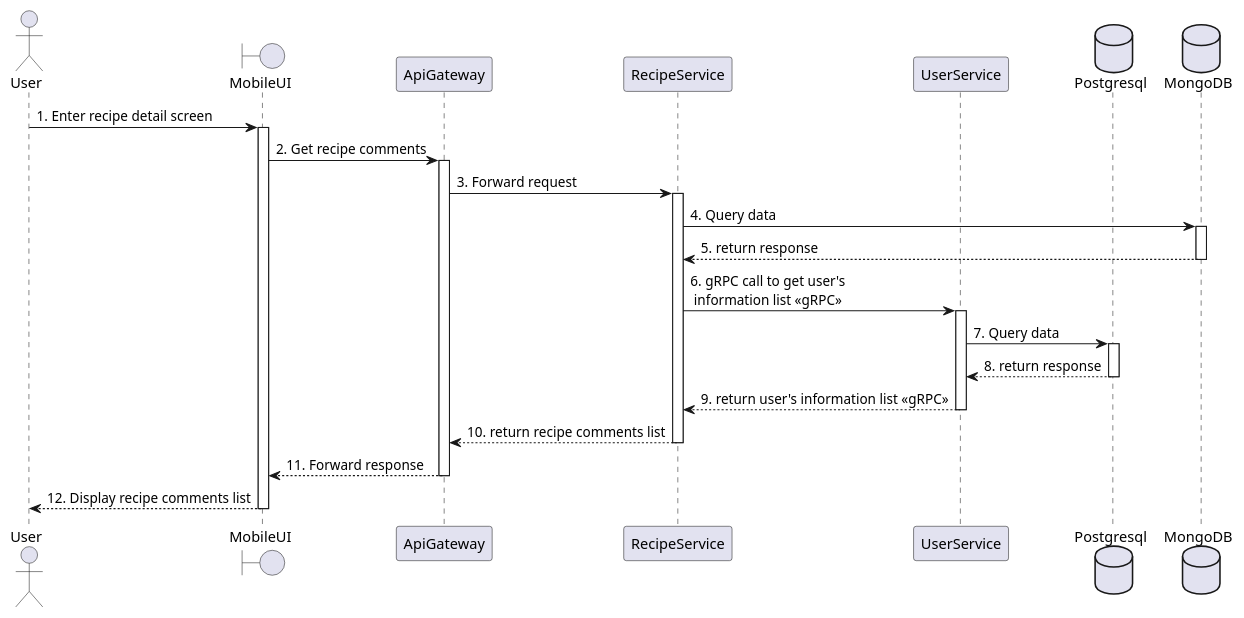
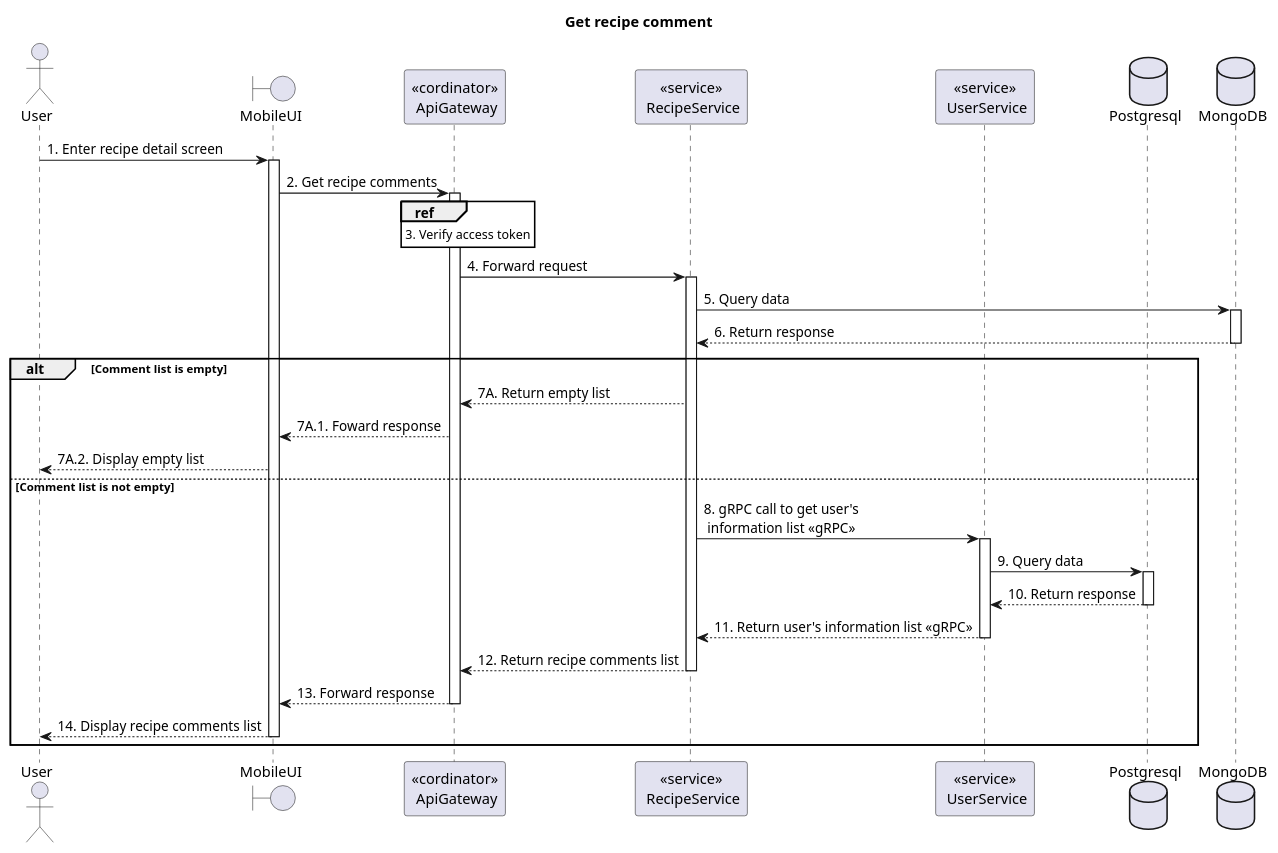
Before and after one commit to Carl-Johnsons/tastopia: the diagram in doc/SDS/Recipe/Get recipe's comments/Sequence.plantuml, drawn with PlantUML. The commit also changed 10 other files, not shown here.

Commit message:
doc: update recipe sequences, add user, tracking sequences

```diff
--- a/doc/SDS/Recipe/Get recipe's comments/Sequence.plantuml
+++ b/doc/SDS/Recipe/Get recipe's comments/Sequence.plantuml
@@ -1,41 +1,45 @@
 @startuml GetRecipeComment
+title "Get recipe comment"
+' Style section
+<style>
+  sequenceDiagram {
+    reference {
+      BackGroundColor white
+    }
+}
+</style>
+
 actor User
 boundary MobileUI
-participant ApiGateway
-participant RecipeService
-participant UserService
+participant "<<cordinator>>\n ApiGateway" as ApiGateway
+participant "<<service>>\n RecipeService" as RecipeService
+participant "<<service>>\n UserService" as UserService
 database Postgresql
 database MongoDB
 
-User -> MobileUI: 1. Enter recipe detail screen
-activate MobileUI
+User -> MobileUI++: 1. Enter recipe detail screen
 
-MobileUI -> ApiGateway: 2. Get recipe comments
-activate ApiGateway
+MobileUI -> ApiGateway++: 2. Get recipe comments
 
-ApiGateway -> RecipeService: 3. Forward request
-activate RecipeService
+ref over ApiGateway: 3. Verify access token
 
-database MongoDB
-RecipeService -> MongoDB: 4. Query data
-activate MongoDB
-RecipeService <-- MongoDB: 5. return response
-deactivate MongoDB
+ApiGateway -> RecipeService++: 4. Forward request
 
-RecipeService -> UserService: 6. gRPC call to get user's \n information list <<gRPC>>
-activate UserService
-UserService -> Postgresql: 7. Query data
-activate Postgresql
-UserService <-- Postgresql: 8. return response
-deactivate Postgresql
-RecipeService <-- UserService: 9. return user's information list <<gRPC>>
-deactivate UserService
+RecipeService -> MongoDB++: 5. Query data
+RecipeService <-- MongoDB--: 6. Return response
 
-ApiGateway <-- RecipeService: 10. return recipe comments list
-deactivate RecipeService
-MobileUI <-- ApiGateway: 11. Forward response
-deactivate ApiGateway
-User <-- MobileUI: 12. Display recipe comments list
-deactivate MobileUI
+alt Comment list is empty
+    ApiGateway <-- RecipeService: 7A. Return empty list
+    MobileUI <-- ApiGateway: 7A.1. Foward response
+    User <-- MobileUI: 7A.2. Display empty list
+else Comment list is not empty
+    RecipeService -> UserService++: 8. gRPC call to get user's \n information list <<gRPC>>
+    UserService -> Postgresql++: 9. Query data
+    UserService <-- Postgresql--: 10. Return response
+    RecipeService <-- UserService--: 11. Return user's information list <<gRPC>>
 
+    ApiGateway <-- RecipeService--: 12. Return recipe comments list
+    MobileUI <-- ApiGateway--: 13. Forward response
+    User <-- MobileUI--: 14. Display recipe comments list
+end alt
 @enduml
```
